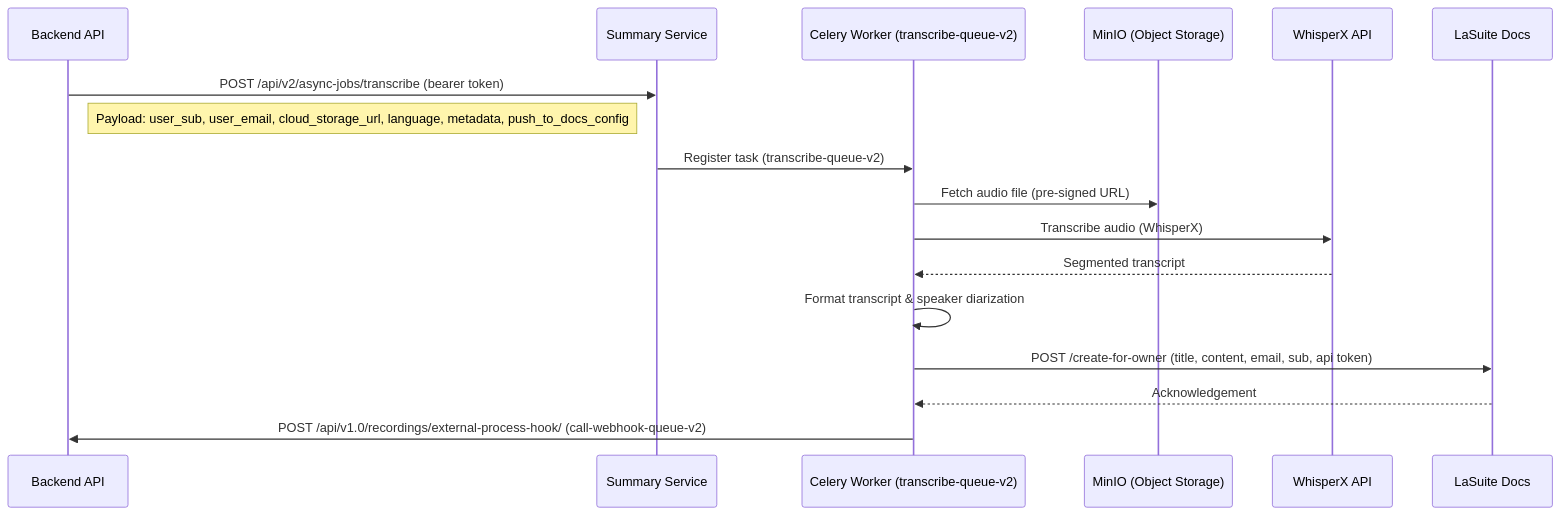
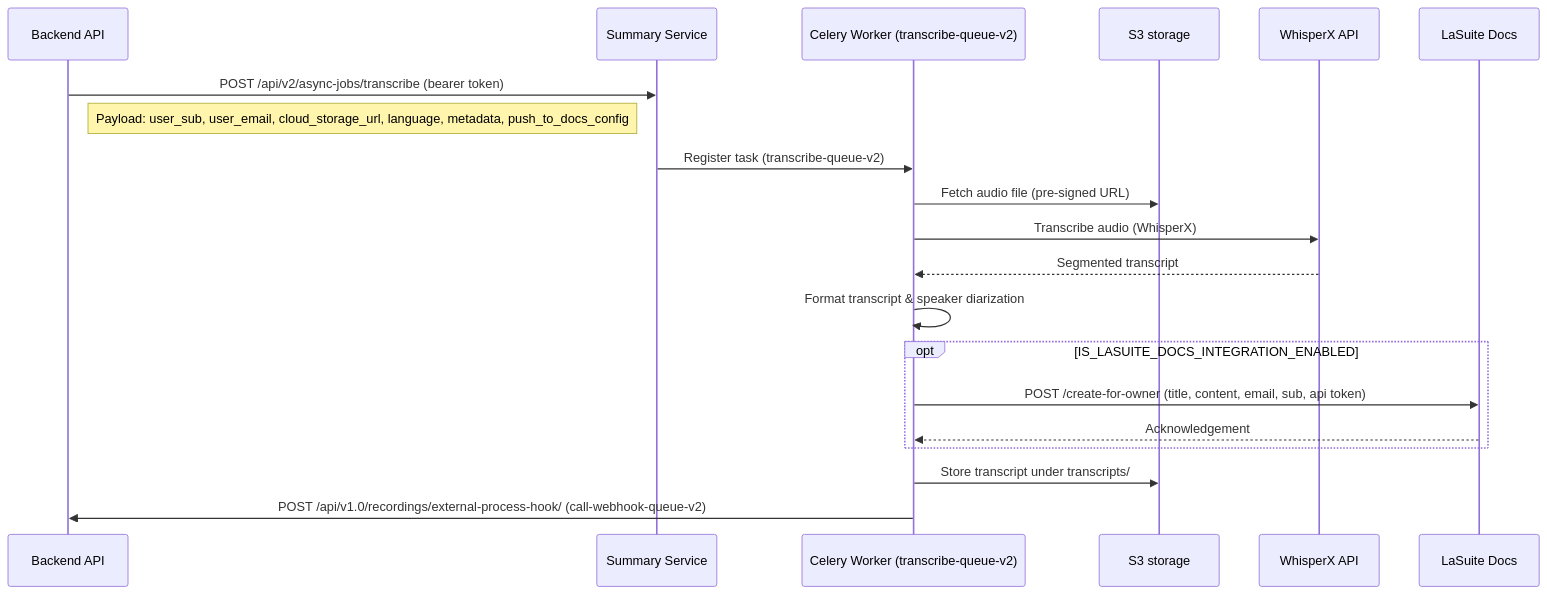
One commit to suitenumerique/meet changed the diagram in docs/self-hosting/configuration/transcription.md. Above: the diagram before and after it, drawn with Mermaid. The commit also changed other lines of this file and 70 other files, not shown here.

````diff
--- a/docs/self-hosting/configuration/transcription.md
+++ b/docs/self-hosting/configuration/transcription.md
@@ -30,21 +22,24 @@
 ```mermaid
 sequenceDiagram
   participant Backend as Backend API
   participant Summary as Summary Service
   participant Celery as Celery Worker (transcribe-queue-v2)
-  participant MinIO as MinIO (Object Storage)
+  participant S3 as S3 storage
   participant STT as WhisperX API
   participant Docs as LaSuite Docs
 
   Backend->>Summary: POST /api/v2/async-jobs/transcribe (bearer token)
   Note right of Backend: Payload: user_sub, user_email, cloud_storage_url, language, metadata, push_to_docs_config
 
   Summary->>Celery: Register task (transcribe-queue-v2)
-  Celery->>MinIO: Fetch audio file (pre-signed URL)
+  Celery->>S3: Fetch audio file (pre-signed URL)
   Celery->>STT: Transcribe audio (WhisperX)
   STT-->>Celery: Segmented transcript
   Celery->>Celery: Format transcript & speaker diarization
-  Celery->>Docs: POST /create-for-owner (title, content, email, sub, api token)
-  Docs-->>Celery: Acknowledgement
+  opt IS_LASUITE_DOCS_INTEGRATION_ENABLED
+    Celery->>Docs: POST /create-for-owner (title, content, email, sub, api token)
+    Docs-->>Celery: Acknowledgement
+  end
+  Celery->>S3: Store transcript under transcripts/
   Celery->>Backend: POST /api/v1.0/recordings/external-process-hook/ (call-webhook-queue-v2)
 ```
````
